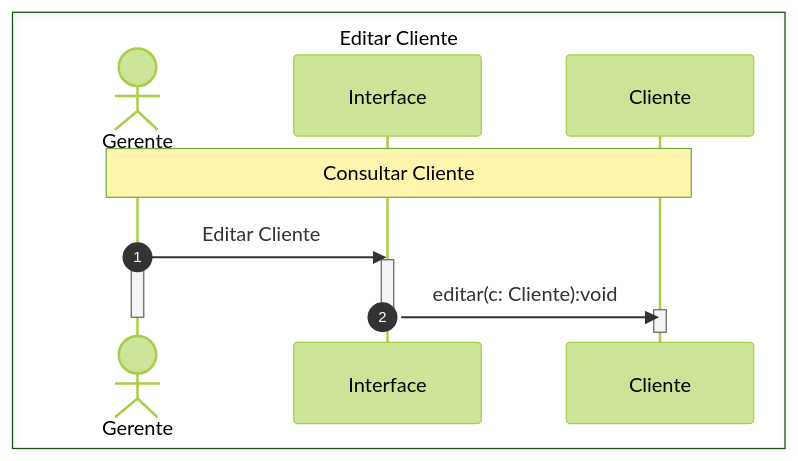
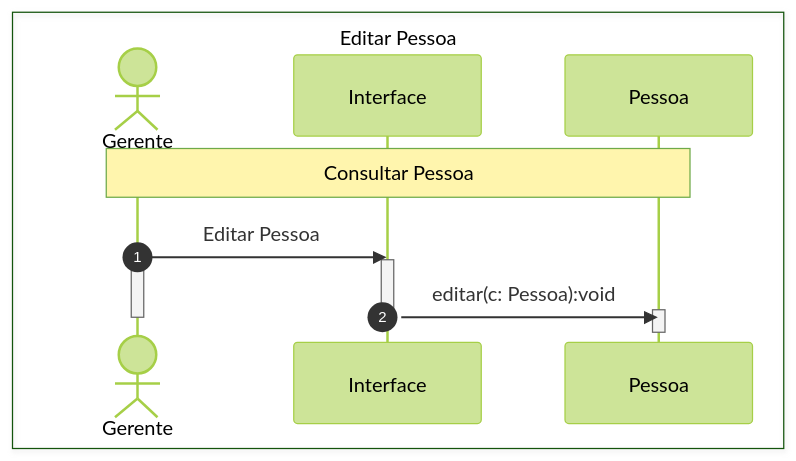
Before and after one commit to anderson-gpc/colab: the fourth of 4 diagrams in DS_Manter_Cliente.md, drawn with Mermaid (forest theme). The commit also changed other lines of this file and 7 other files, not shown here.

````diff
--- a/DS_Manter_Cliente.md
+++ b/DS_Manter_Cliente.md
@@ -74,21 +74,21 @@
 ```mermaid
 sequenceDiagram
     autonumber
-    box Editar Cliente
+    box Editar Pessoa
         actor Gerente
         participant Interface
-        participant Cliente
+        participant Pessoa
     end
 
-    note over Gerente, Cliente: Consultar Cliente
+    note over Gerente, Pessoa: Consultar Pessoa
 
-    Gerente->>Interface:Editar Cliente
+    Gerente->>Interface:Editar Pessoa
     activate Gerente
     activate Interface
-    Interface->>Cliente:editar(c: Cliente):void
-    activate Cliente
+    Interface->>Pessoa:editar(c: Pessoa):void
+    activate Pessoa
 
-    deactivate Cliente
+    deactivate Pessoa
     deactivate Interface
     deactivate Gerente
 ```
````
